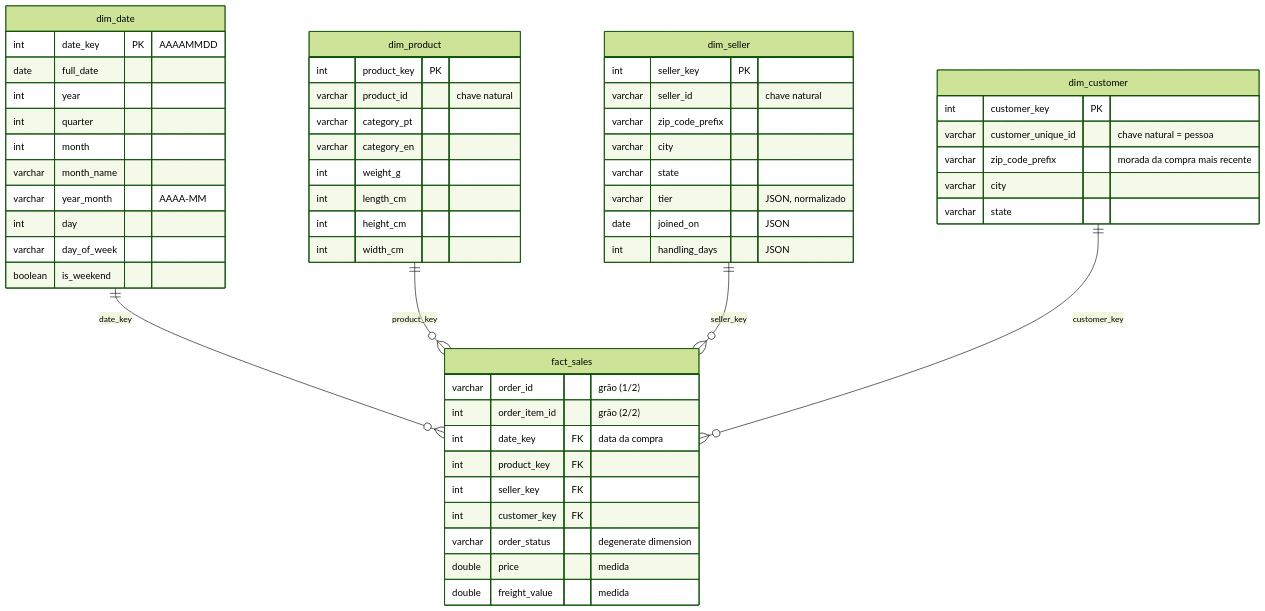
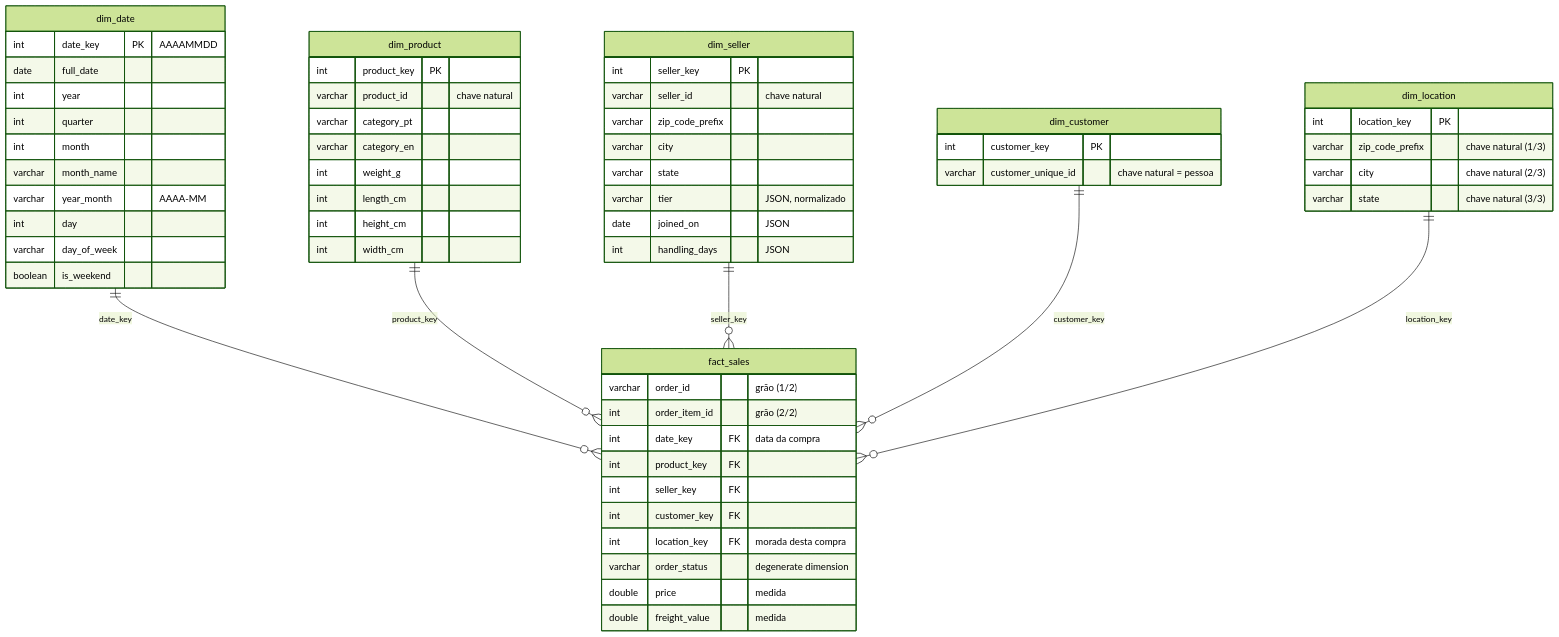
The diagram in architecture/star_schema.md (nataliamendesgoes/ED-pipeline), drawn with Mermaid (forest theme) before and after one commit. The commit also changed other lines of this file and 30 other files, not shown here.

First line of the commit message:
PA1: dim_location para manter a morada de cada compra

````diff
--- a/architecture/star_schema.md
+++ b/architecture/star_schema.md
@@ -3,62 +3,68 @@
 ```mermaid
 erDiagram
     dim_date     ||--o{ fact_sales : "date_key"
     dim_product  ||--o{ fact_sales : "product_key"
     dim_seller   ||--o{ fact_sales : "seller_key"
     dim_customer ||--o{ fact_sales : "customer_key"
+    dim_location ||--o{ fact_sales : "location_key"
 
     fact_sales {
         varchar order_id      "grão (1/2)"
         int     order_item_id "grão (2/2)"
         int     date_key      FK "data da compra"
         int     product_key   FK
         int     seller_key    FK
         int     customer_key  FK
+        int     location_key  FK "morada desta compra"
         varchar order_status  "degenerate dimension"
         double  price         "medida"
         double  freight_value "medida"
     }
 
     dim_date {
         int     date_key PK "AAAAMMDD"
         date    full_date
         int     year
         int     quarter
         int     month
         varchar month_name
         varchar year_month "AAAA-MM"
         int     day
         varchar day_of_week
         boolean is_weekend
     }
 
     dim_product {
         int     product_key PK
         varchar product_id  "chave natural"
         varchar category_pt
         varchar category_en
         int     weight_g
         int     length_cm
         int     height_cm
         int     width_cm
     }
 
     dim_seller {
         int     seller_key PK
         varchar seller_id  "chave natural"
         varchar zip_code_prefix
         varchar city
         varchar state
         varchar tier          "JSON, normalizado"
         date    joined_on     "JSON"
         int     handling_days "JSON"
     }
 
     dim_customer {
         int     customer_key PK
         varchar customer_unique_id "chave natural = pessoa"
-        varchar zip_code_prefix    "morada da compra mais recente"
-        varchar city
-        varchar state
+    }
+
+    dim_location {
+        int     location_key PK
+        varchar zip_code_prefix "chave natural (1/3)"
+        varchar city            "chave natural (2/3)"
+        varchar state           "chave natural (3/3)"
     }
 ```
````
